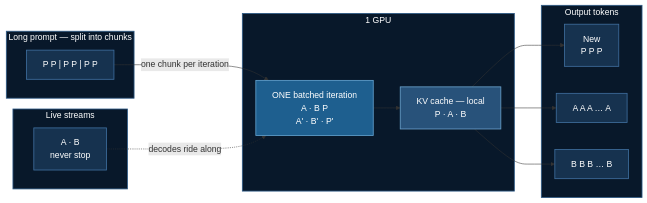
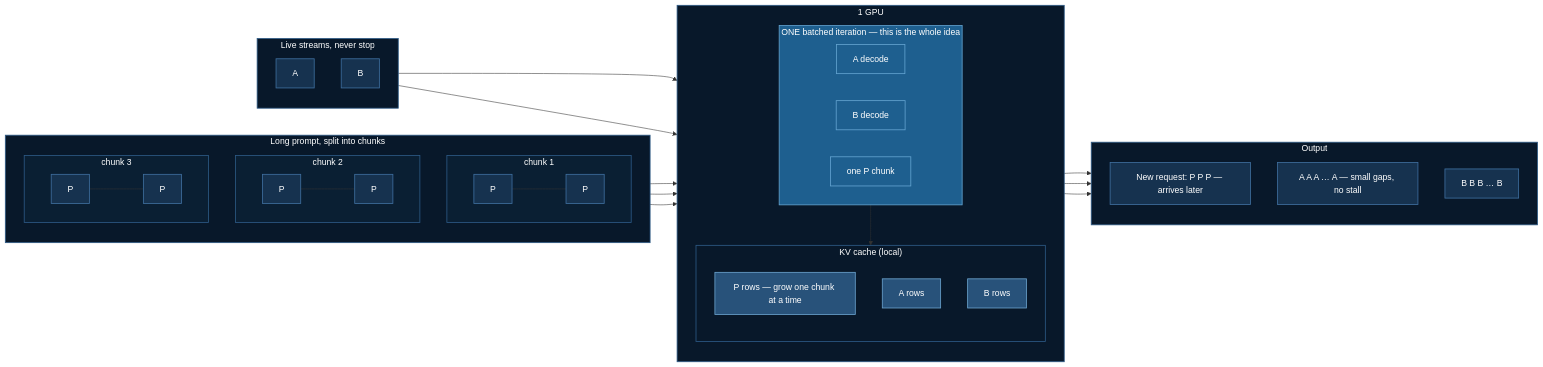
One commit to yiqiao-yin/deepspeed-course changed the second of 4 diagrams in docusaurus-docs/docs/tutorials/llms/prefill-decode-scheduling.md. Above: the diagram before and after it, drawn with Mermaid. The commit also changed other lines of this file, not shown here.

First line of the commit message:
docs: draw the relationships, and stop implying one policy wins (#67)

````diff
--- a/docusaurus-docs/docs/tutorials/llms/prefill-decode-scheduling.md
+++ b/docusaurus-docs/docs/tutorials/llms/prefill-decode-scheduling.md
@@ -74,36 +92,70 @@
 ```mermaid
 flowchart LR
-    subgraph IN2["Long prompt — split into chunks"]
-        C2["P P | P P | P P"]
-    end
-    subgraph LS2["Live streams"]
-        AB2["A · B<br/>never stop"]
-    end
-    subgraph G2["1 GPU"]
-        B2["ONE batched iteration<br/>A · B  P<br/>A' · B' · P'"]
-        KV2["KV cache — local<br/>P · A · B"]
-    end
-    subgraph O2["Output tokens"]
-        N2["New<br/>P P P"]
-        OA2["A A A … A"]
-        OB2["B B B … B"]
+    subgraph REQ2["Long prompt, split into chunks"]
+        direction TB
+        subgraph CK1["chunk 1"]
+            direction LR
+            c1a["P"] --- c1b["P"]
+        end
+        subgraph CK2["chunk 2"]
+            direction LR
+            c2a["P"] --- c2b["P"]
+        end
+        subgraph CK3["chunk 3"]
+            direction LR
+            c3a["P"] --- c3b["P"]
+        end
     end
 
-    C2 -->|"one chunk per iteration"| B2
-    AB2 -.->|"decodes ride along"| B2
-    B2 --> KV2
-    KV2 --> N2
-    KV2 --> OA2
-    KV2 --> OB2
+    subgraph LIVE2["Live streams, never stop"]
+        direction TB
+        sA2["A"]
+        sB2["B"]
+    end
+
+    subgraph GPU2["1 GPU"]
+        direction TB
+        subgraph MIX["ONE batched iteration — this is the whole idea"]
+            direction LR
+            mA["A decode"]
+            mB["B decode"]
+            mP["one P chunk"]
+        end
+        subgraph KVC2["KV cache (local)"]
+            direction TB
+            k2P["P rows — grow one chunk at a time"]
+            k2A["A rows"]
+            k2B["B rows"]
+        end
+        MIX --> KVC2
+    end
+
+    subgraph OUT2["Output"]
+        direction TB
+        o2N["New request: P P P — arrives later"]
+        o2A["A A A … A — small gaps, no stall"]
+        o2B["B B B … B"]
+    end
+
+    CK1 --> mP
+    CK2 --> mP
+    CK3 --> mP
+    sA2 --> mA
+    sB2 --> mB
+    k2P --> o2N
+    k2A --> o2A
+    k2B --> o2B
 
     classDef deep   fill:#08182a,stroke:#2d5a86,stroke-width:1.5px,color:#ffffff
     classDef dark   fill:#0a1f33,stroke:#2d5a86,stroke-width:1.5px,color:#ffffff
     classDef base   fill:#16324f,stroke:#3f6f9f,stroke-width:1.5px,color:#ffffff
     classDef bright fill:#1e5f8f,stroke:#63a3d0,stroke-width:1.5px,color:#ffffff
     classDef steel  fill:#28527a,stroke:#6aa2cd,stroke-width:1.5px,color:#ffffff
 
-    class IN2,LS2,G2,O2 deep
-    class C2,AB2,N2,OA2,OB2 base
-    class KV2 steel
-    class B2 bright
+    class REQ2,LIVE2,GPU2,OUT2,KVC2 deep
+    class CK1,CK2,CK3 dark
+    class c1a,c1b,c2a,c2b,c3a,c3b,sA2,sB2,o2N,o2A,o2B base
+    class k2P,k2A,k2B steel
+    class MIX bright
+    class mA,mB,mP bright
 ```
````
